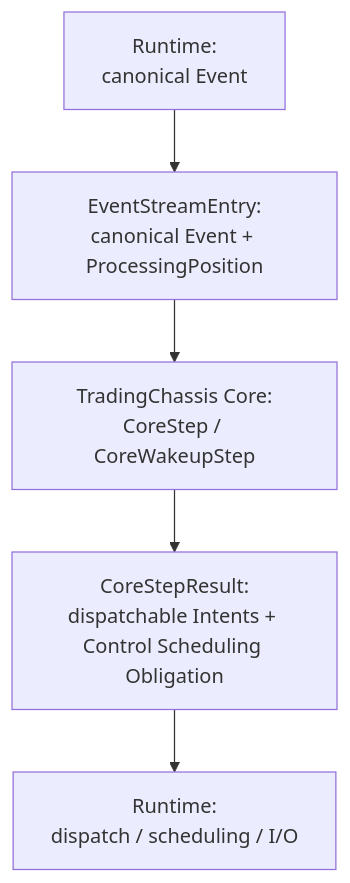
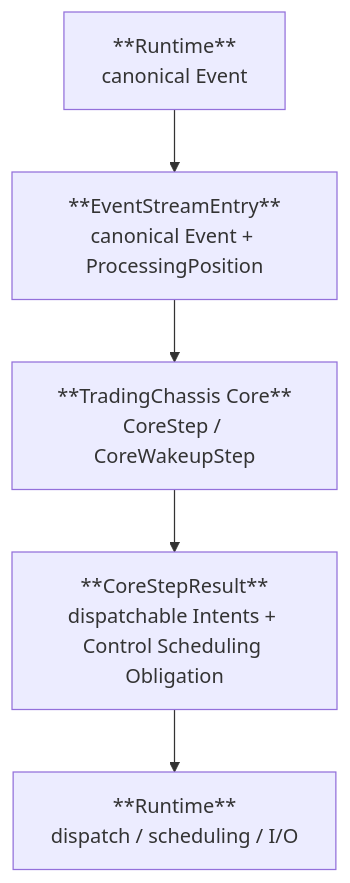
One commit to trading-engineering/trading-platform changed the diagram in README.md. Above: the diagram before and after it, drawn with Mermaid. The commit also changed other lines of this file and 36 other files, not shown here.

````diff
--- a/README.md
+++ b/README.md
@@ -94,7 +129,7 @@
 ```mermaid
 flowchart TB
-    R1["Runtime:<br/>canonical Event"] --> Entry["EventStreamEntry:<br/>canonical Event + ProcessingPosition"]
-    Entry --> Core["TradingChassis Core:<br/>CoreStep / CoreWakeupStep"]
-    Core --> Result["CoreStepResult:<br/>dispatchable Intents + Control Scheduling Obligation"]
-    Result --> R2["Runtime:<br/>dispatch / scheduling / I/O"]
+    R1["**Runtime**<br/>canonical Event"] --> Entry["**EventStreamEntry**<br/>canonical Event + ProcessingPosition"]
+    Entry --> Core["**TradingChassis Core**<br/>CoreStep / CoreWakeupStep"]
+    Core --> Result["**CoreStepResult**<br/>dispatchable Intents + Control Scheduling Obligation"]
+    Result --> R2["**Runtime**<br/>dispatch / scheduling / I/O"]
 ```
````
